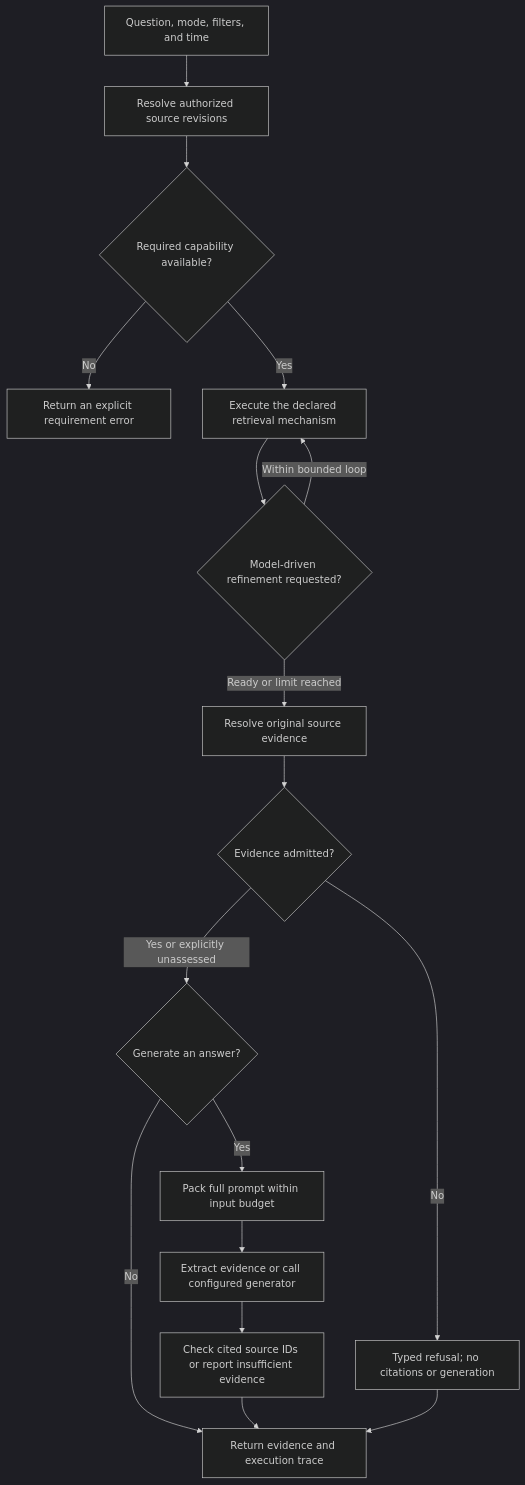
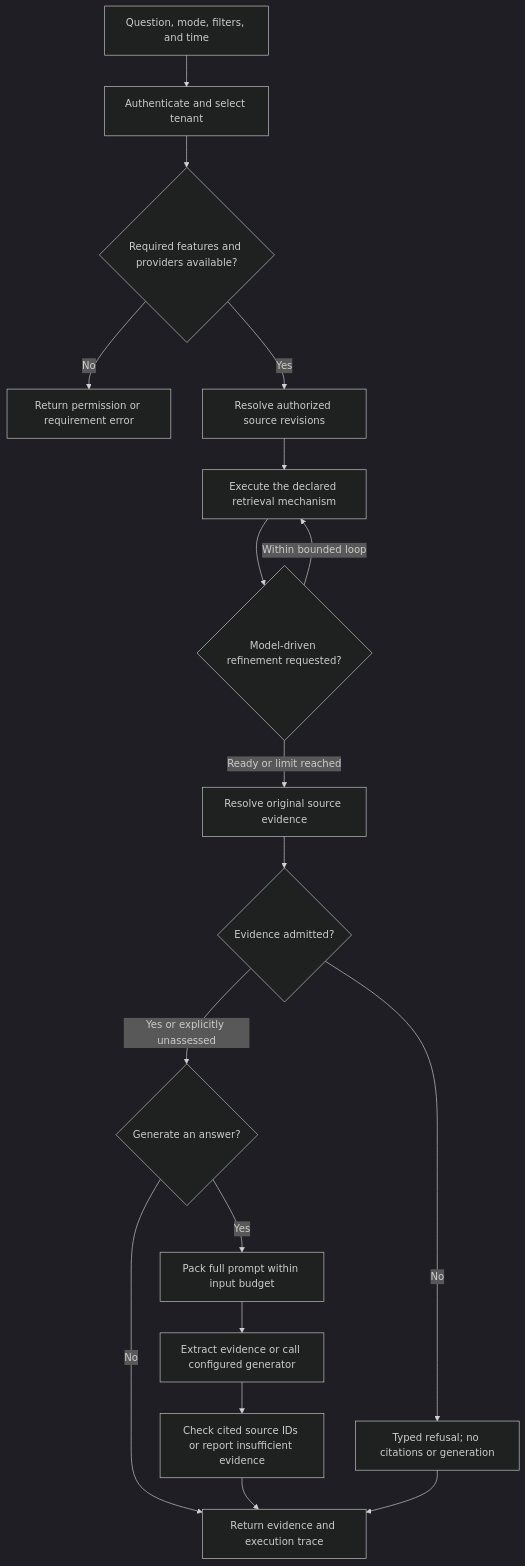
Before and after one commit to MasterLKH180cm/RAGs: the third of 3 diagrams in README.md, drawn with Mermaid (dark theme). The commit also changed other lines of this file and 14 other files, not shown here.

````diff
--- a/README.md
+++ b/README.md
@@ -143,19 +177,20 @@
 ```mermaid
 flowchart TD
-    Query["Question, mode, filters, and time"] --> Scope["Resolve authorized source revisions"]
-    Scope --> Ready{"Required capability available?"}
-    Ready -->|No| Error["Return an explicit requirement error"]
-    Ready -->|Yes| Retrieve["Execute the declared retrieval mechanism"]
+    Query["Question, mode, filters, and time"] --> Auth["Authenticate and select tenant"]
+    Auth --> Ready{"Required features and providers available?"}
+    Ready -->|No| Error["Return permission or requirement error"]
+    Ready -->|Yes| Scope["Resolve authorized source revisions"]
+    Scope --> Retrieve["Execute the declared retrieval mechanism"]
     Retrieve --> Review{"Model-driven refinement requested?"}
     Review -->|Within bounded loop| Retrieve
     Review -->|Ready or limit reached| Evidence["Resolve original source evidence"]
     Evidence --> Admission{"Evidence admitted?"}
     Admission -->|No| Refusal["Typed refusal; no citations or generation"]
     Admission -->|Yes or explicitly unassessed| Generate{"Generate an answer?"}
     Generate -->|No| Result["Return evidence and execution trace"]
     Generate -->|Yes| Pack["Pack full prompt within input budget"]
     Pack --> Answer["Extract evidence or call configured generator"]
     Answer --> Validate["Check cited source IDs or report insufficient evidence"]
     Validate --> Result
     Refusal --> Result
 ```
````
